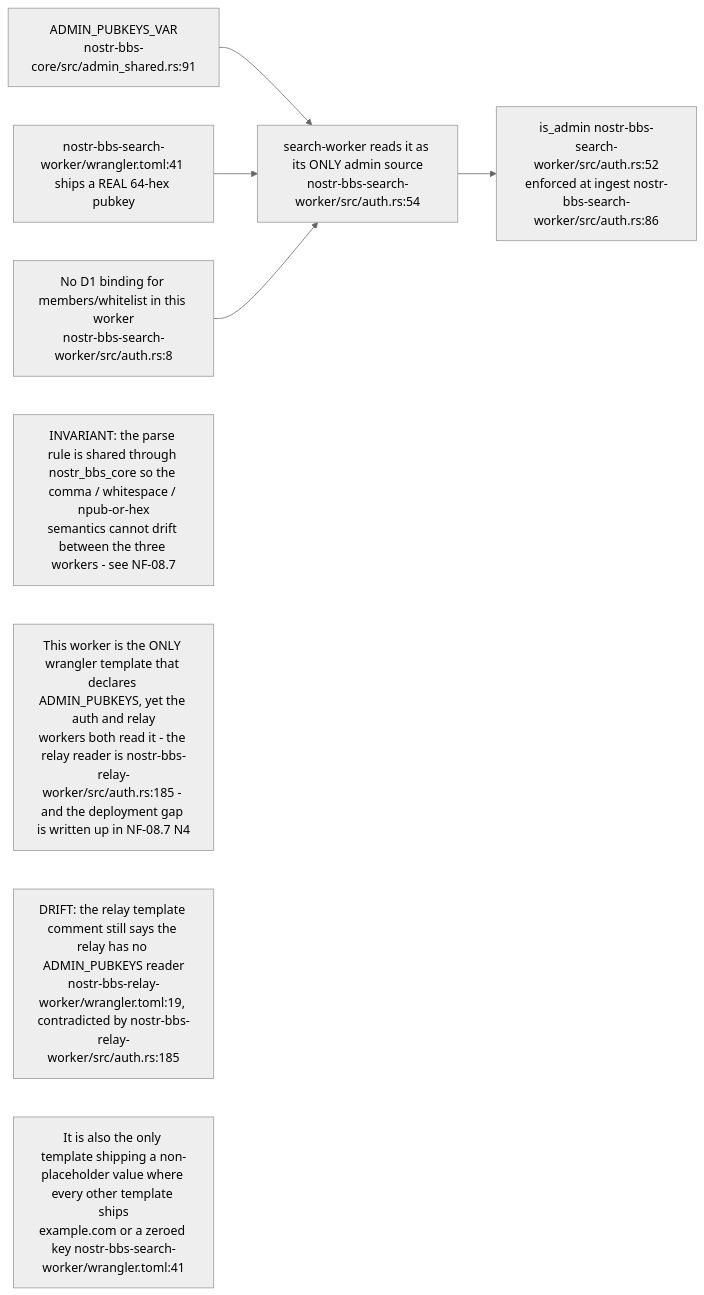
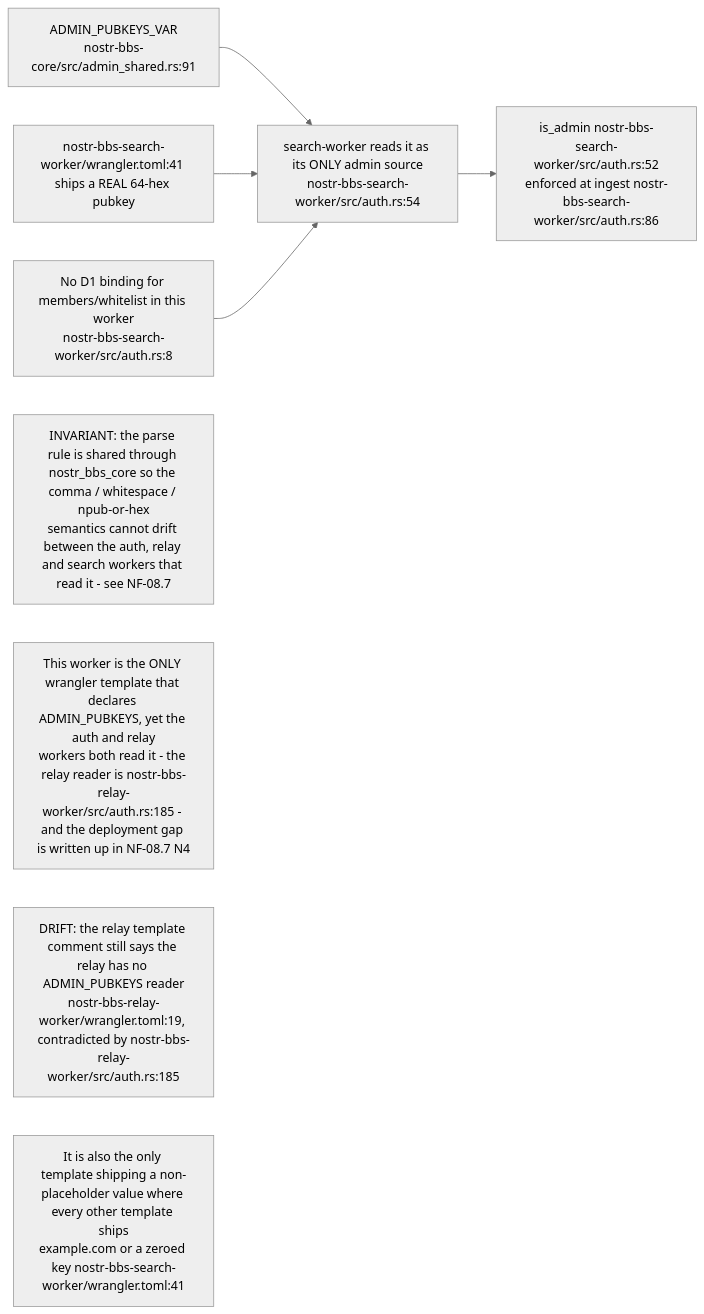
Before and after one commit to DreamLab-AI/VisionFlow: the second of 9 diagrams in docs/diagrams/nostr-rust-forum/07-search-preview-and-shared-worker-utilities.md, drawn with Mermaid (neutral theme). The commit also changed other lines of this file and 4 other files, not shown here.

Commit message:
docs(diagrams): correct commit attributions; mark kit O12/O13/O19 in NF-08.10; NF-07.2 title

````diff
--- a/docs/diagrams/nostr-rust-forum/07-search-preview-and-shared-worker-utilities.md
+++ b/docs/diagrams/nostr-rust-forum/07-search-preview-and-shared-worker-utilities.md
@@ -61,17 +61,17 @@
 ```mermaid
 flowchart LR
     VAR["ADMIN_PUBKEYS_VAR<br/>nostr-bbs-core/src/admin_shared.rs:91"]
     READ["search-worker reads it as its ONLY admin source<br/>nostr-bbs-search-worker/src/auth.rs:54"]
     CHK["is_admin nostr-bbs-search-worker/src/auth.rs:52<br/>enforced at ingest nostr-bbs-search-worker/src/auth.rs:86"]
     TPL["nostr-bbs-search-worker/wrangler.toml:41 ships a REAL 64-hex pubkey"]
     WHY["No D1 binding for members/whitelist in this worker<br/>nostr-bbs-search-worker/src/auth.rs:8"]
 
     VAR --> READ --> CHK
     TPL --> READ
     WHY --> READ
 
-    N1["INVARIANT: the parse rule is shared through nostr_bbs_core so the comma / whitespace / npub-or-hex<br/>semantics cannot drift between the three workers - see NF-08.7"]
+    N1["INVARIANT: the parse rule is shared through nostr_bbs_core so the comma / whitespace / npub-or-hex<br/>semantics cannot drift between the auth, relay and search workers that read it - see NF-08.7"]
     N2["This worker is the ONLY wrangler template that declares ADMIN_PUBKEYS, yet the auth and relay<br/>workers both read it - the relay reader is nostr-bbs-relay-worker/src/auth.rs:185 - and the deployment gap is written up in NF-08.7 N4"]
     N4["DRIFT: the relay template comment still says the relay has no ADMIN_PUBKEYS reader<br/>nostr-bbs-relay-worker/wrangler.toml:19, contradicted by nostr-bbs-relay-worker/src/auth.rs:185"]
     N3["It is also the only template shipping a non-placeholder value where every other template ships<br/>example.com or a zeroed key nostr-bbs-search-worker/wrangler.toml:41"]
 ```
````
